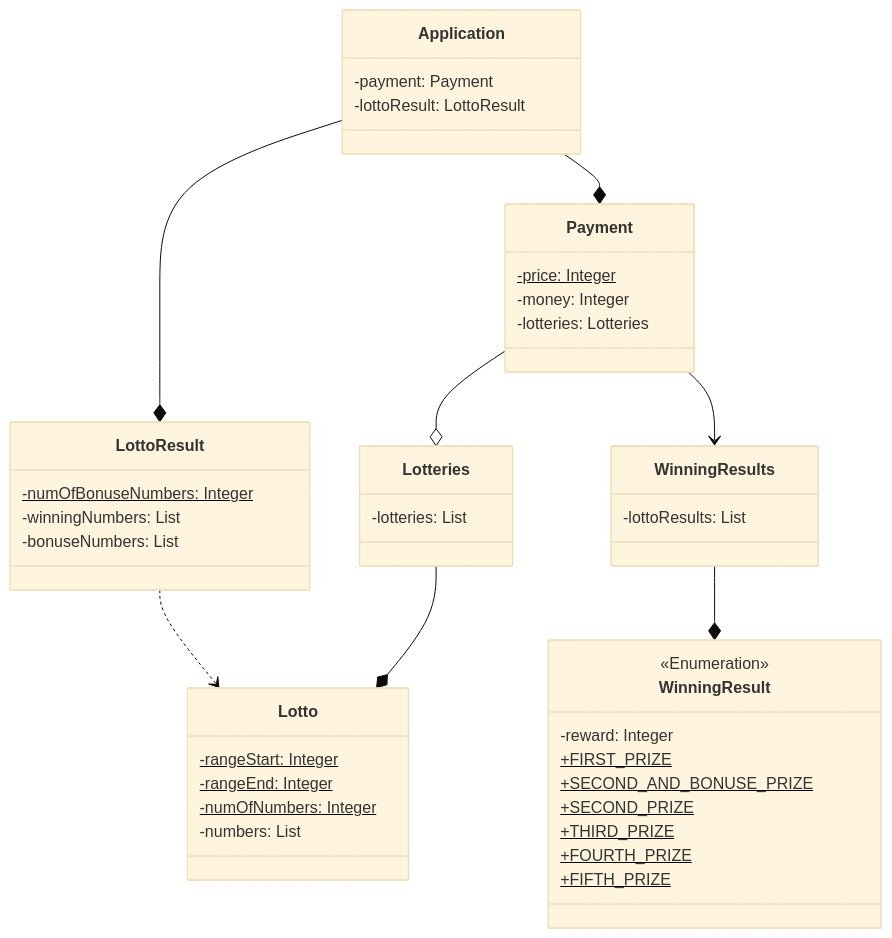
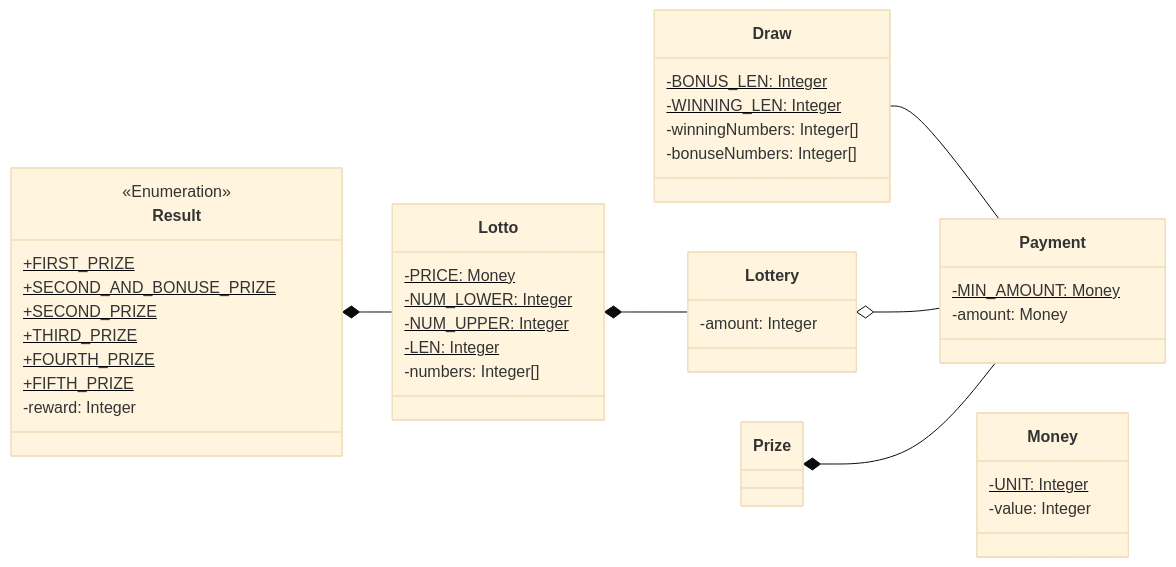
One commit to gdsc-konkuk/23-24_study_2nd_java-lotto-6 changed the second of 6 diagrams in docs/README.md. Above: the diagram before and after it, drawn with Mermaid (base theme). The commit also changed other lines of this file, not shown here.

Commit message:
docs: refine Domain Model

````diff
--- a/docs/README.md
+++ b/docs/README.md
@@ -59,53 +57,49 @@
 ```mermaid
 classDiagram
-    Application --* Payment
-    Application --* LottoResult
-    Payment --o Lotteries
-    Payment --> WinningResults
-    LottoResult ..> Lotto
-    Lotteries --* Lotto
-    WinningResults --* WinningResult
+    direction RL
+    Payment -- Draw
+    Payment --o Lottery
+    Lottery --* Lotto
+    Lotto --* Result
+    Payment --* Prize
 
-    class Application {
-        -payment: Payment
-        -lottoResult: LottoResult
+    class Money {
+        -UNIT: Integer$
+        -value: Integer
     }
 
     class Payment {
-        -price: Integer$
-        -money: Integer
-        -lotteries: Lotteries
+        -MIN_AMOUNT: Money$
+        -amount: Money
+    }
+
+    class Lottery {
+        -amount: Integer
     }
 
     class Lotto {
-        -rangeStart: Integer$
-        -rangeEnd: Integer$
-        -numOfNumbers: Integer$
-        -numbers: List<Integer>
+        -PRICE: Money$
+        -NUM_LOWER: Integer$
+        -NUM_UPPER: Integer$
+        -LEN: Integer$
+        -numbers: Integer[]
     }
 
-    class Lotteries {
-        -lotteries: List<Lotto>
+    class Draw {
+        -BONUS_LEN: Integer$
+        -WINNING_LEN: Integer$
+        -winningNumbers: Integer[]
+        -bonuseNumbers: Integer[]
     }
 
-    class LottoResult {
-        -numOfBonuseNumbers: Integer$
-        -winningNumbers: List<Integer>
-        -bonuseNumbers: List<Integer>
-    }
-
-    class WinningResult {
+    class Result {
         <<Enumeration>>
-        -reward: Integer
         +FIRST_PRIZE$
         +SECOND_AND_BONUSE_PRIZE$
         +SECOND_PRIZE$
         +THIRD_PRIZE$
         +FOURTH_PRIZE$
         +FIFTH_PRIZE$
-    }
-
-    class WinningResults {
-        -lottoResults: List<WinningResult>
+        -reward: Integer
     }
 ```
````
